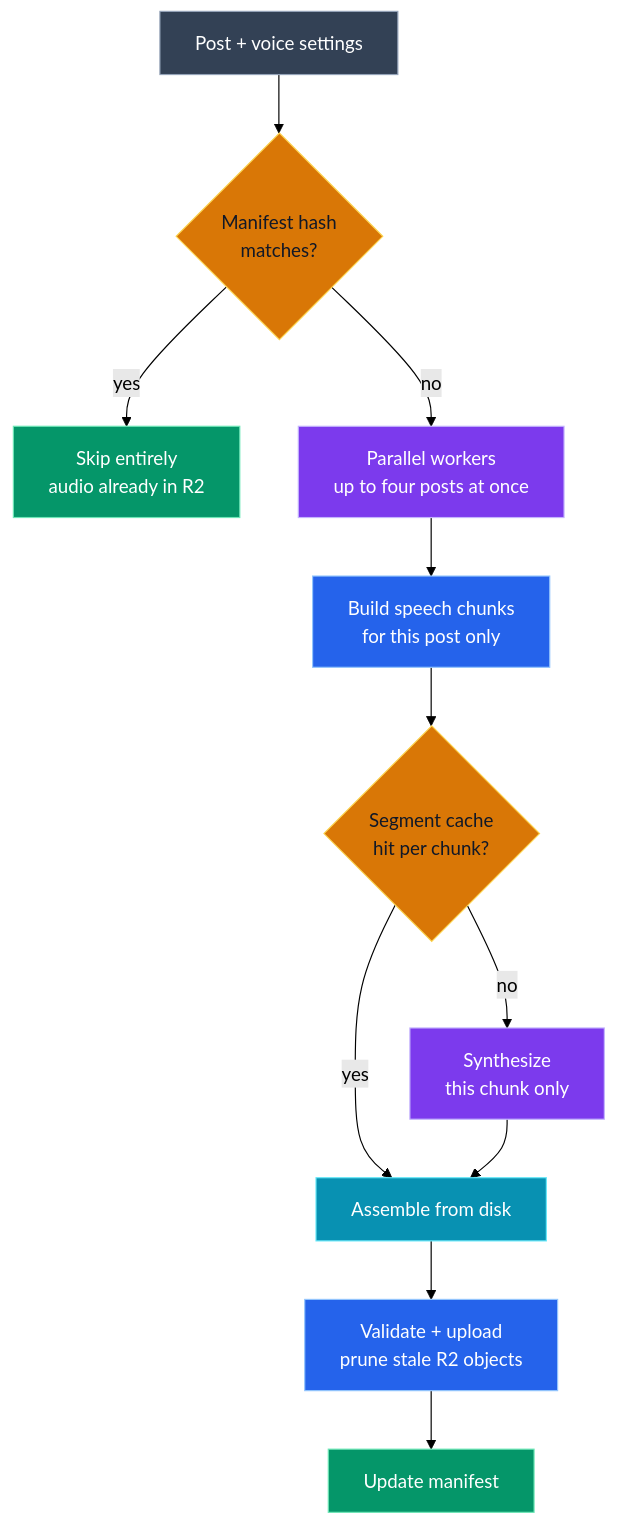
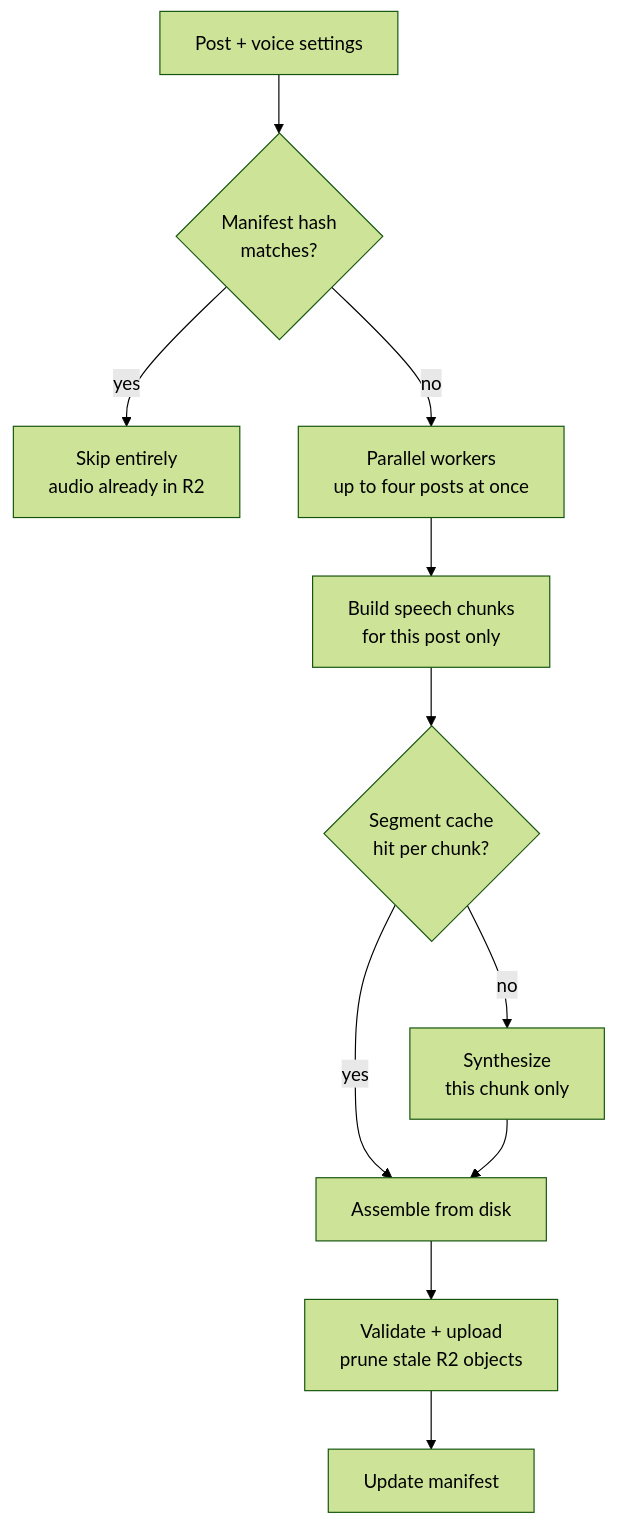
One commit to g-savitha/gsavitha.in changed the seventh of 7 diagrams in src/content/blog/blog-audio-player.md. Above: the diagram before and after it, drawn with Mermaid (forest theme). The commit also changed other lines of this file and 6 other files, not shown here.

First line of the commit message:
Theme every Mermaid diagram from one shared palette

````diff
--- a/src/content/blog/blog-audio-player.md
+++ b/src/content/blog/blog-audio-player.md
@@ -433,20 +395,13 @@
 ```mermaid
 flowchart TD
     POST["Post + voice settings"]:::content --> M{"Manifest hash\nmatches?"}:::decision
     M -->|"yes"| SKIP["Skip entirely\naudio already in R2"]:::success
     M -->|"no"| WORKERS["Parallel workers\nup to four posts at once"]:::accent
     WORKERS --> CHUNKS["Build speech chunks\nfor this post only"]:::primary
     CHUNKS --> CACHE{"Segment cache\nhit per chunk?"}:::decision
     CACHE -->|"yes"| ASSEMBLE["Assemble from disk"]:::info
     CACHE -->|"no"| TTS["Synthesize\nthis chunk only"]:::accent
     TTS --> ASSEMBLE
     ASSEMBLE --> UPLOAD["Validate + upload\nprune stale R2 objects"]:::primary
     UPLOAD --> MANIFEST["Update manifest"]:::success
-
-    classDef primary fill:#2563eb,stroke:#93c5fd,color:#ffffff
-    classDef accent fill:#7c3aed,stroke:#c4b5fd,color:#ffffff
-    classDef success fill:#059669,stroke:#6ee7b7,color:#ffffff
-    classDef decision fill:#d97706,stroke:#fcd34d,color:#111827
-    classDef info fill:#0891b2,stroke:#67e8f9,color:#ffffff
-    classDef content fill:#334155,stroke:#94a3b8,color:#ffffff
 ```
````
